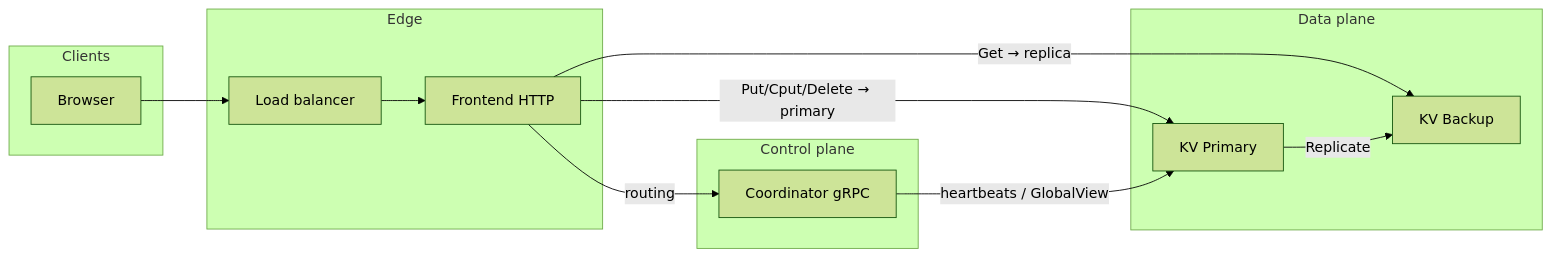
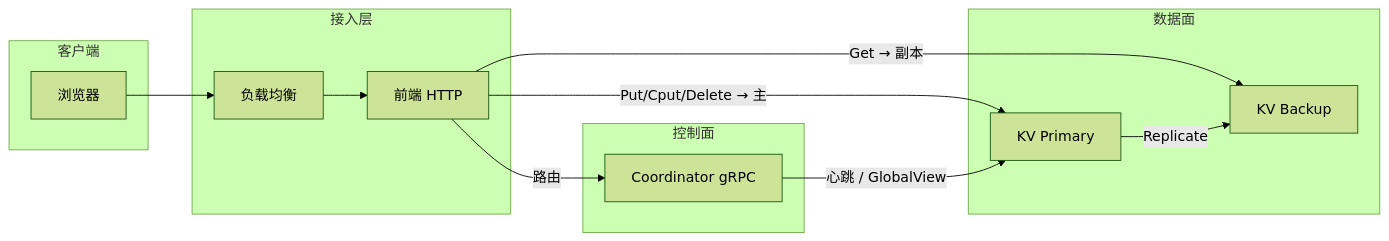
One commit to EvelynGao233/distributed-cloud-storage changed the diagram in README.md. Above: the diagram before and after it, drawn with Mermaid (forest theme). The commit also changed other lines of this file, not shown here.

````diff
--- a/README.md
+++ b/README.md
@@ -28,23 +28,23 @@
 ```mermaid
 flowchart LR
-  subgraph clients [Clients]
-    Browser[Browser]
+  subgraph clients [客户端]
+    Browser[浏览器]
   end
-  subgraph edge [Edge]
-    LB[Load balancer]
-    FE[Frontend HTTP]
+  subgraph edge [接入层]
+    LB[负载均衡]
+    FE[前端 HTTP]
   end
-  subgraph control [Control plane]
+  subgraph control [控制面]
     COORD[Coordinator gRPC]
   end
-  subgraph data [Data plane]
+  subgraph data [数据面]
     P1[KV Primary]
     B1[KV Backup]
   end
   Browser --> LB --> FE
-  FE -->|routing| COORD
-  FE -->|Put/Cput/Delete → primary| P1
-  FE -->|Get → replica| B1
-  COORD -->|heartbeats / GlobalView| P1
+  FE -->|路由| COORD
+  FE -->|Put/Cput/Delete → 主| P1
+  FE -->|Get → 副本| B1
+  COORD -->|心跳 / GlobalView| P1
   P1 -->|Replicate| B1
 ```
````
